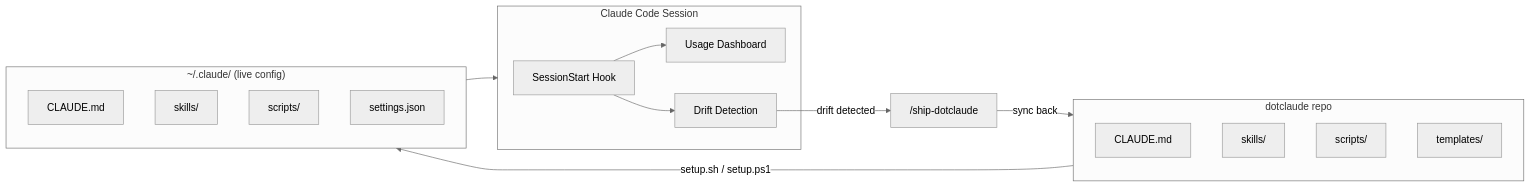
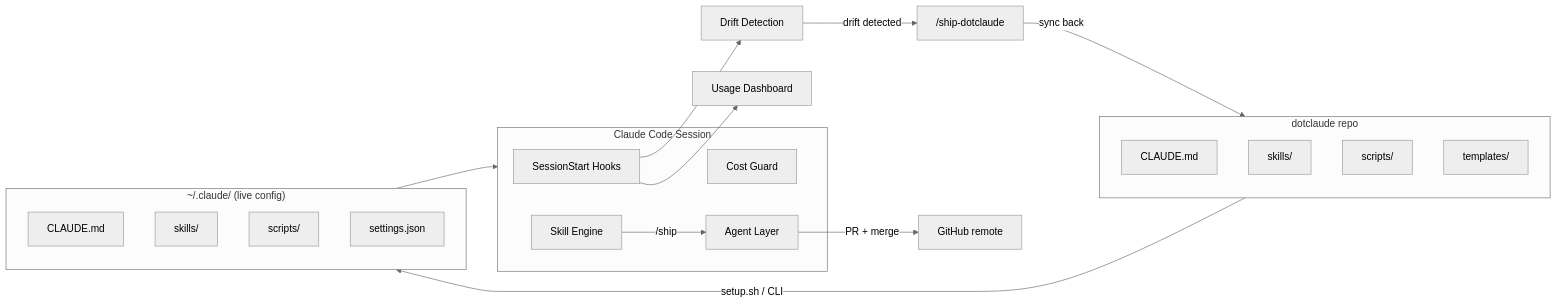
One commit to Jerry0022/dotclaude changed the first of 2 diagrams in README.md. Above: the diagram before and after it, drawn with Mermaid (neutral theme). The commit also changed other lines of this file and 3 other files, not shown here.

Commit message:
feat(config): add config-only preview skip rule, update README architecture

````diff
--- a/README.md
+++ b/README.md
@@ -198,29 +203,32 @@
 ```mermaid
 flowchart LR
     subgraph Repo["dotclaude repo"]
         CLAUDE[CLAUDE.md]
         Skills[skills/]
         Scripts[scripts/]
         Templates[templates/]
     end
 
     subgraph Live["~/.claude/ (live config)"]
         LiveClaude[CLAUDE.md]
         LiveSkills[skills/]
         LiveScripts[scripts/]
         LiveSettings[settings.json]
     end
 
     subgraph Session["Claude Code Session"]
-        Startup[SessionStart Hook]
-        Dashboard[Usage Dashboard]
-        DriftCheck[Drift Detection]
+        Hooks[SessionStart Hooks]
+        CostGuard[Cost Guard]
+        SkillEngine[Skill Engine]
+        AgentLayer[Agent Layer]
     end
 
-    Repo -->|setup.sh / setup.ps1| Live
+    Repo -->|"setup.sh / CLI"| Live
     Live --> Session
-    Startup --> Dashboard
-    Startup --> DriftCheck
-    DriftCheck -->|"drift detected"| ShipSkill["/ship-dotclaude"]
-    ShipSkill -->|"sync back"| Repo
+    Hooks --> Dashboard[Usage Dashboard]
+    Hooks --> DriftCheck[Drift Detection]
+    DriftCheck -->|"drift detected"| ShipDC["/ship-dotclaude"]
+    ShipDC -->|"sync back"| Repo
+    SkillEngine -->|"/ship"| AgentLayer
+    AgentLayer -->|"PR + merge"| Remote["GitHub remote"]
 ```
````
